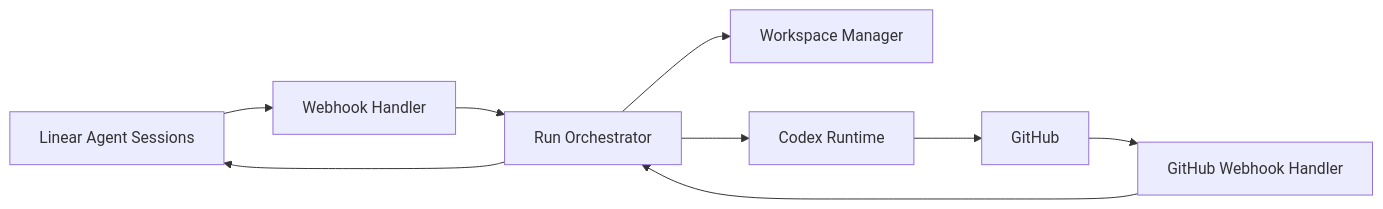
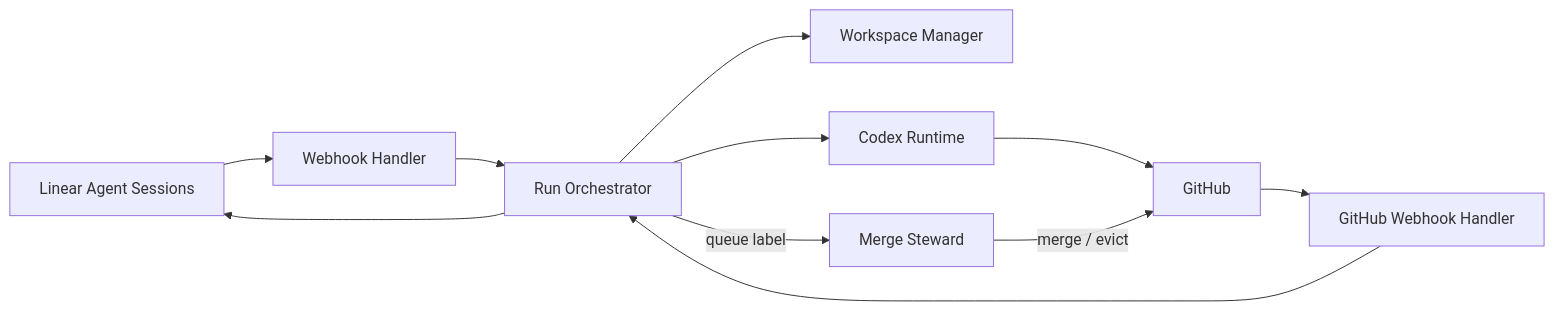
One commit to krasnoperov/patchrelay changed the diagram in ARCHITECTURE.md. Above: the diagram before and after it, drawn with Mermaid. The commit also changed other lines of this file and 42 other files, not shown here.

````diff
--- a/ARCHITECTURE.md
+++ b/ARCHITECTURE.md
@@ -16,11 +16,13 @@
 ```mermaid
 flowchart LR
   L[Linear Agent Sessions] --> WH[Webhook Handler]
   WH --> RO[Run Orchestrator]
   RO --> W[Workspace Manager]
   RO --> X[Codex Runtime]
   X --> GH[GitHub]
   GH --> GWH[GitHub Webhook Handler]
   GWH --> RO
   RO --> L
+  RO -->|queue label| MS[Merge Steward]
+  MS -->|merge / evict| GH
 ```
````
